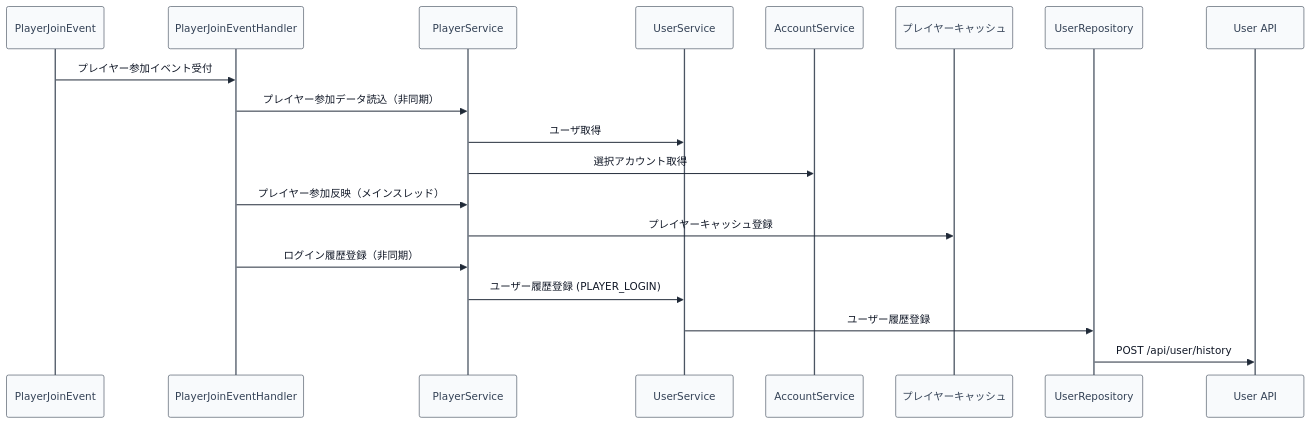
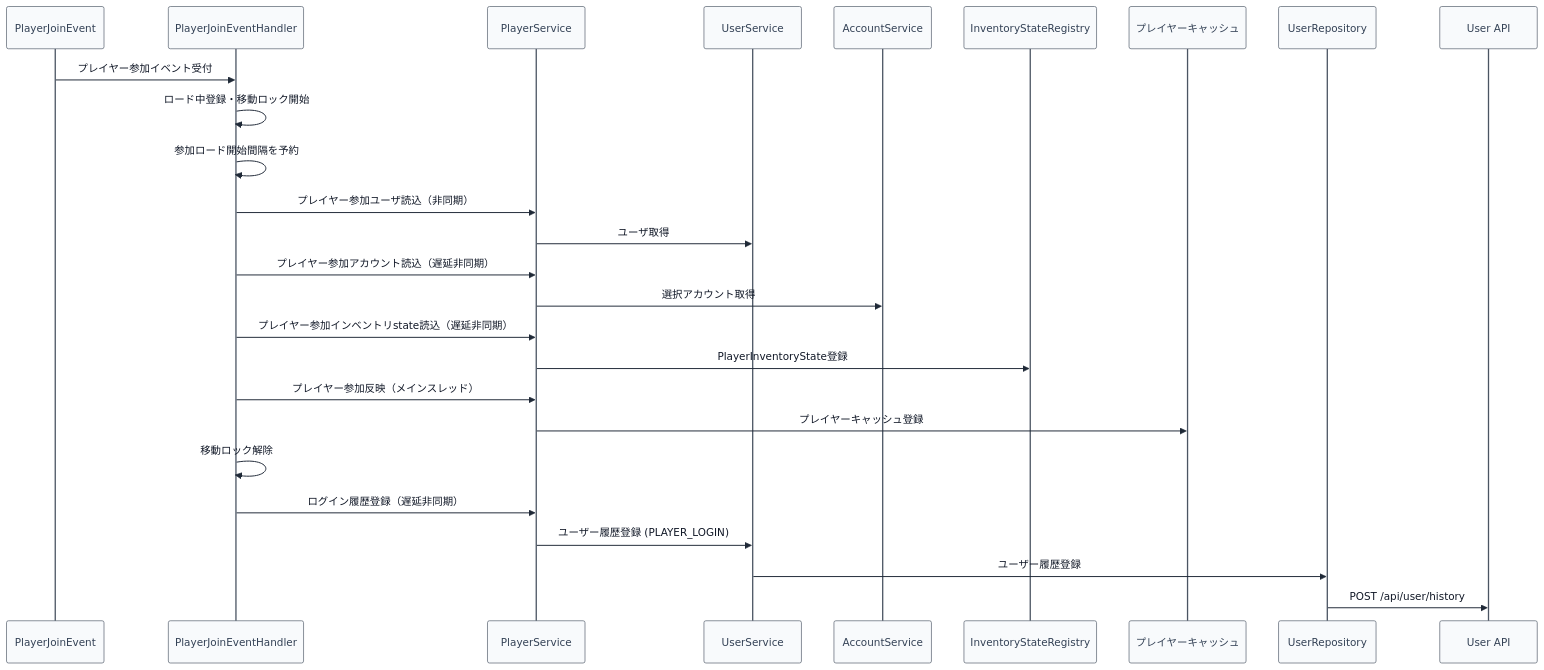
Before and after one commit to maaasu/AstralRecord-Workspace: the diagram in 00_docs/10_プラグイン設計書/feature/03-player/4-統合フロー/03_4.00-統合フロー.md, drawn with Mermaid. The commit also changed other lines of this file and 8 other files, not shown here.

````diff
--- a/00_docs/10_プラグイン設計書/feature/03-player/4-統合フロー/03_4.00-統合フロー.md
+++ b/00_docs/10_プラグイン設計書/feature/03-player/4-統合フロー/03_4.00-統合フロー.md
@@ -5,23 +5,30 @@
 ```mermaid
 %%{init: {"theme": "base", "themeVariables": {"lineColor": "#1f2937", "signalColor": "#1f2937", "signalTextColor": "#111827", "actorBkg": "#f8fafc", "actorBorder": "#4b5563", "actorTextColor": "#334155", "labelBoxBkgColor": "#ffffff", "labelBoxBorderColor": "#374151", "labelTextColor": "#111827"}}}%%
 sequenceDiagram
     participant EVT as PlayerJoinEvent
     participant H as PlayerJoinEventHandler
     participant PS as PlayerService
     participant US as UserService
     participant AS as AccountService
+    participant IR as InventoryStateRegistry
     participant C as プレイヤーキャッシュ
     participant UR as UserRepository
     participant API as User API
 
     EVT->>H: プレイヤー参加イベント受付
-    H->>PS: プレイヤー参加データ読込（非同期）
+    H->>H: ロード中登録・移動ロック開始
+    H->>H: 参加ロード開始間隔を予約
+    H->>PS: プレイヤー参加ユーザ読込（非同期）
     PS->>US: ユーザ取得
+    H->>PS: プレイヤー参加アカウント読込（遅延非同期）
     PS->>AS: 選択アカウント取得
+    H->>PS: プレイヤー参加インベントリstate読込（遅延非同期）
+    PS->>IR: PlayerInventoryState登録
     H->>PS: プレイヤー参加反映（メインスレッド）
     PS->>C: プレイヤーキャッシュ登録
-    H->>PS: ログイン履歴登録（非同期）
+    H->>H: 移動ロック解除
+    H->>PS: ログイン履歴登録（遅延非同期）
     PS->>US: ユーザー履歴登録 (PLAYER_LOGIN)
     US->>UR: ユーザー履歴登録
     UR->>API: POST /api/user/history
 ```
````
